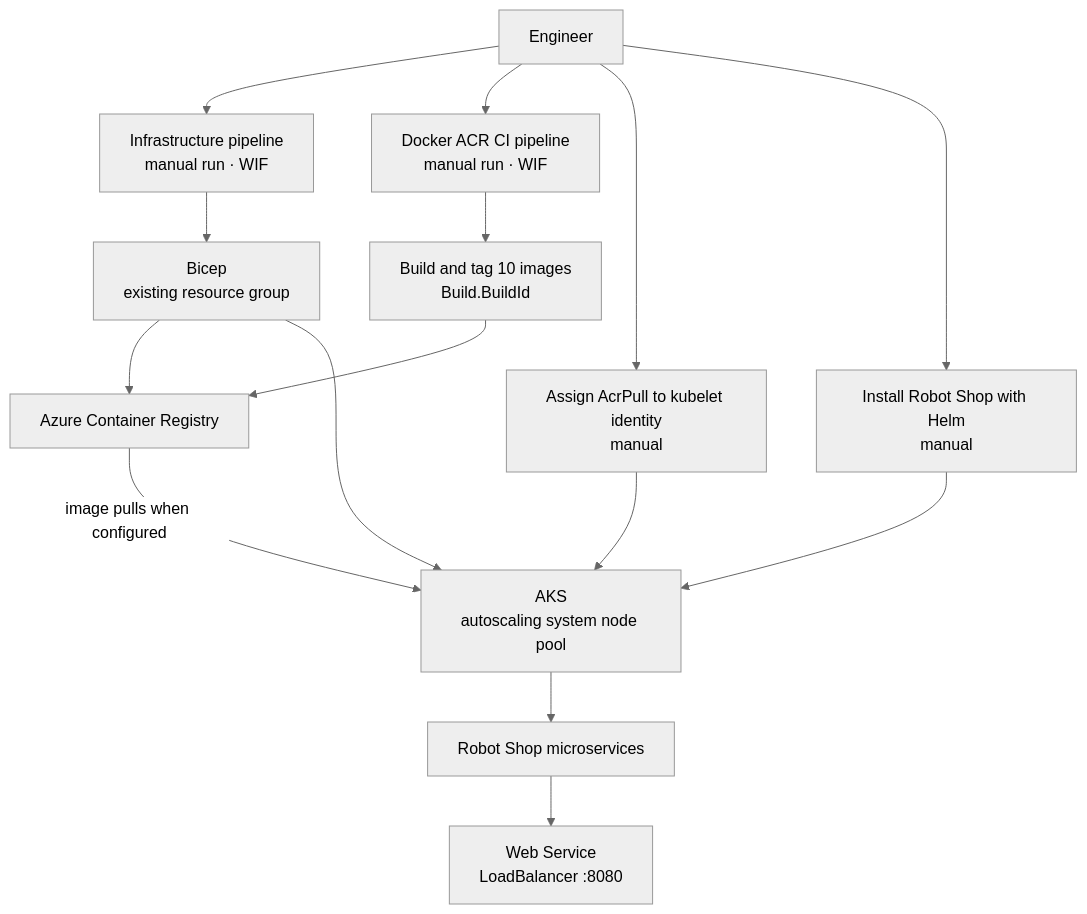
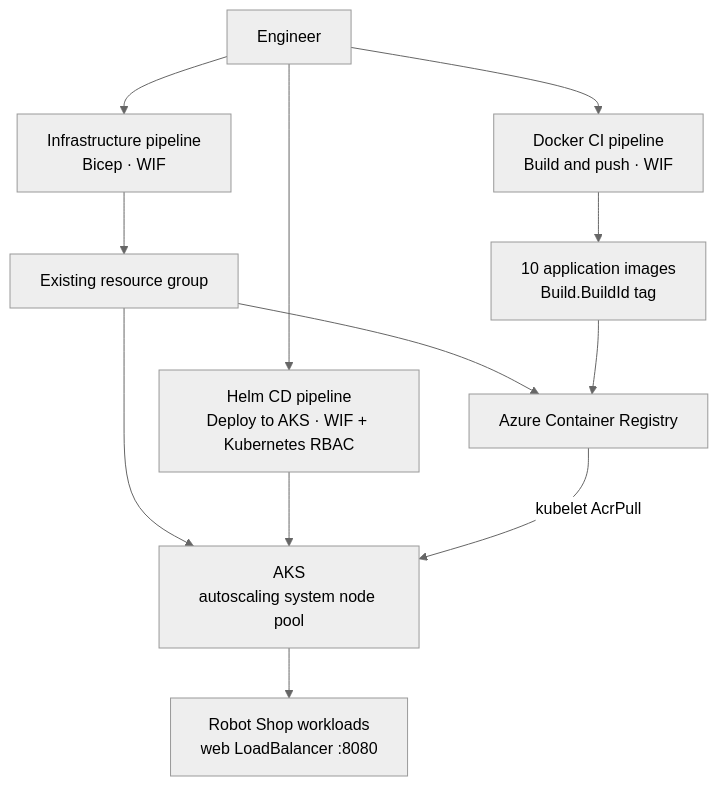
Before and after one commit to sharadshukla/E-Commerce: the diagram in README.md, drawn with Mermaid (neutral theme). The commit also changed other lines of this file and 3 other files, not shown here.

````diff
--- a/README.md
+++ b/README.md
@@ -41,23 +31,19 @@
 ```mermaid
 flowchart TD
-    Dev["Engineer"]
-    InfraPipe["Infrastructure pipeline<br/>manual run · WIF"]
-    DockerPipe["Docker ACR CI pipeline<br/>manual run · WIF"]
-    Bicep["Bicep<br/>existing resource group"]
-    Build["Build and tag 10 images<br/>Build.BuildId"]
+    Engineer["Engineer"]
+    Infra["Infrastructure pipeline<br/>Bicep · WIF"]
+    Docker["Docker CI pipeline<br/>Build and push · WIF"]
+    Helm["Helm CD pipeline<br/>Deploy to AKS · WIF + Kubernetes RBAC"]
+    ResourceGroup["Existing resource group"]
     ACR["Azure Container Registry"]
+    Images["10 application images<br/>Build.BuildId tag"]
     AKS["AKS<br/>autoscaling system node pool"]
-    Pull["Assign AcrPull to kubelet identity<br/>manual"]
-    Helm["Install Robot Shop with Helm<br/>manual"]
-    Web["Web Service<br/>LoadBalancer :8080"]
-    App["Robot Shop microservices"]
+    App["Robot Shop workloads<br/>web LoadBalancer :8080"]
 
-    Dev --> InfraPipe --> Bicep
-    Bicep --> ACR
-    Bicep --> AKS
-    Dev --> DockerPipe --> Build --> ACR
-    Dev --> Pull --> AKS
-    Dev --> Helm --> AKS
-    ACR -->|"image pulls when configured"| AKS
-    AKS --> App --> Web
+    Engineer --> Infra --> ResourceGroup
+    ResourceGroup --> ACR
+    ResourceGroup --> AKS
+    Engineer --> Docker --> Images --> ACR
+    Engineer --> Helm --> AKS --> App
+    ACR -->|"kubelet AcrPull"| AKS
 ```
````
